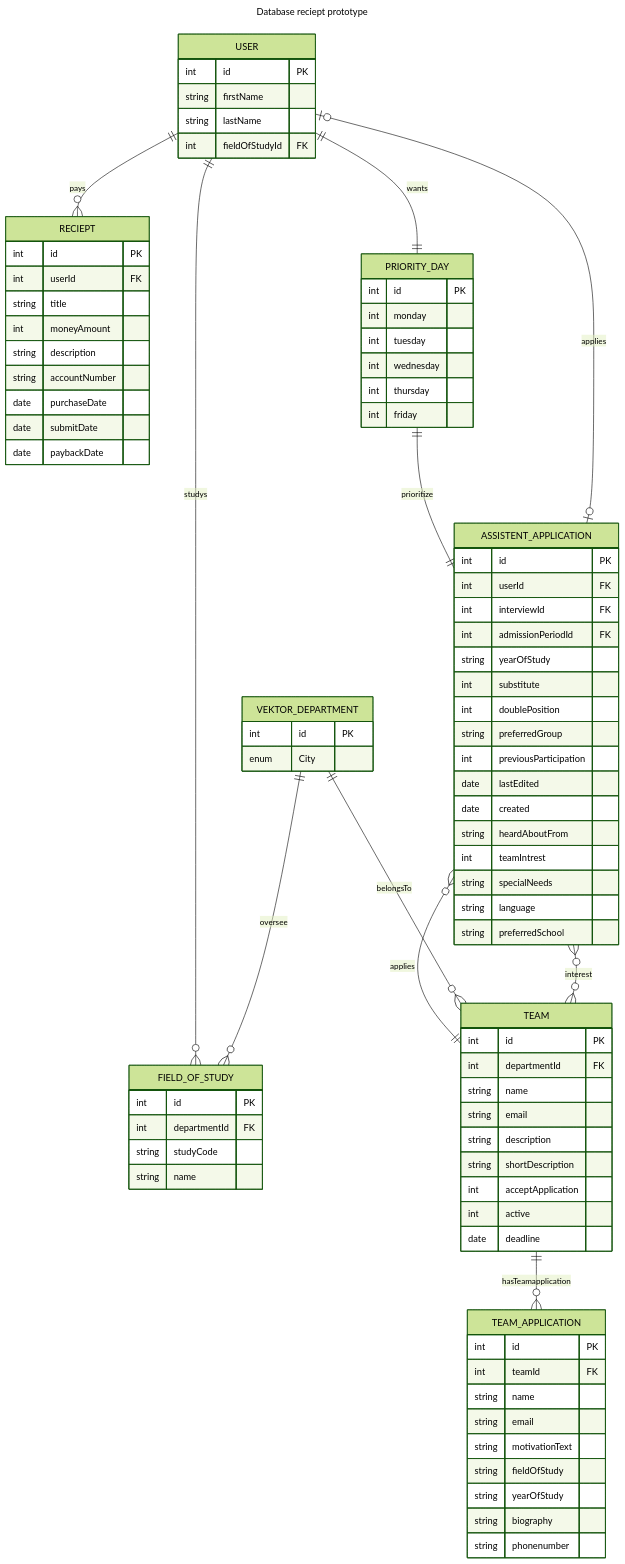
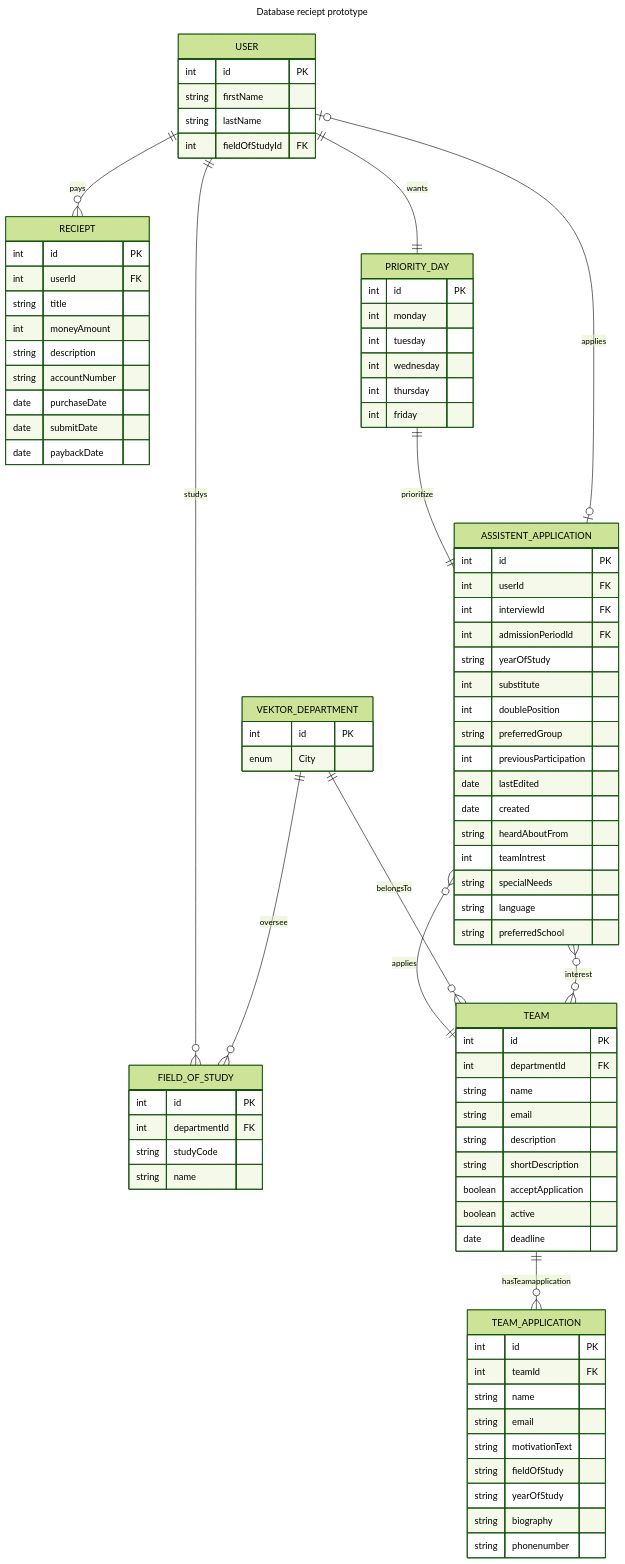
Before and after one commit to vektorprogrammet/vektor-api: the diagram in database-diagram.md, drawn with Mermaid (forest theme). The commit also changed 2 other files, not shown here.

Commit message:
feat: add schema for team

```diff
--- a/database-diagram.md
+++ b/database-diagram.md
@@ -37,8 +37,8 @@
         string email
         string description
         string shortDescription
-        int acceptApplication
-        int active
+        boolean acceptApplication
+        boolean active
         date deadline
     }
     TEAM_APPLICATION {
```
